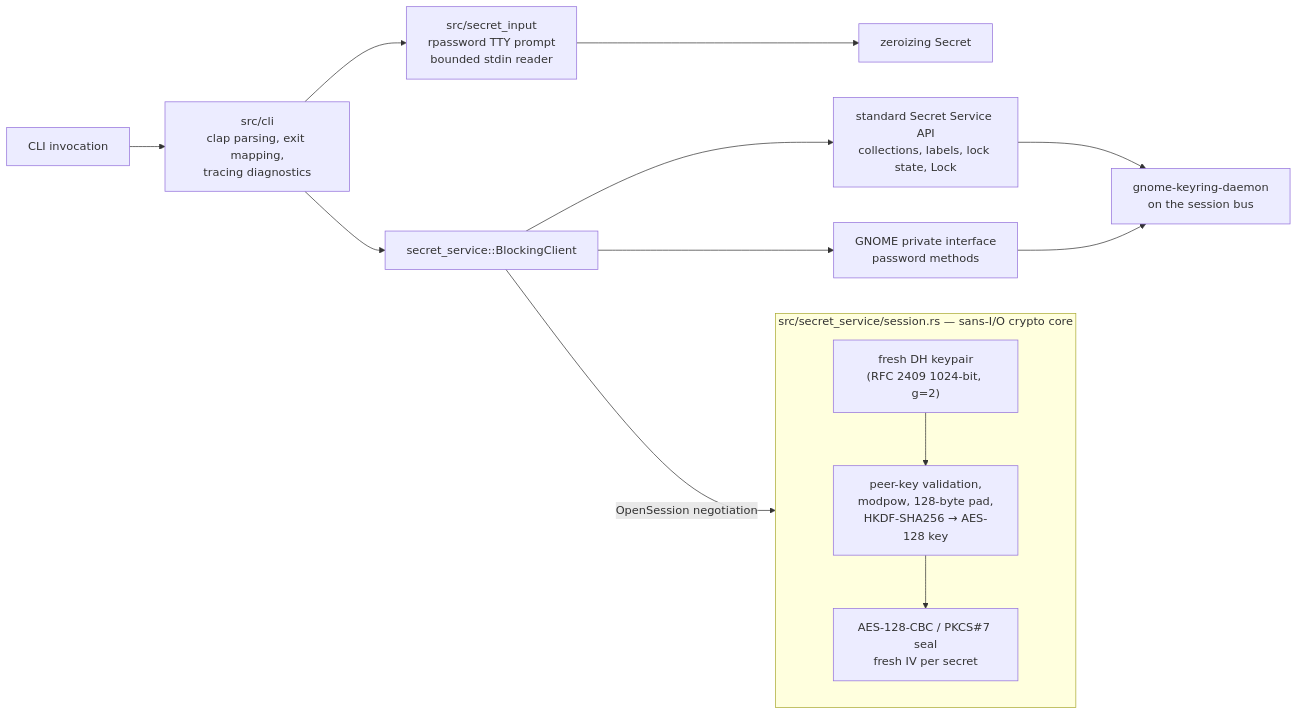
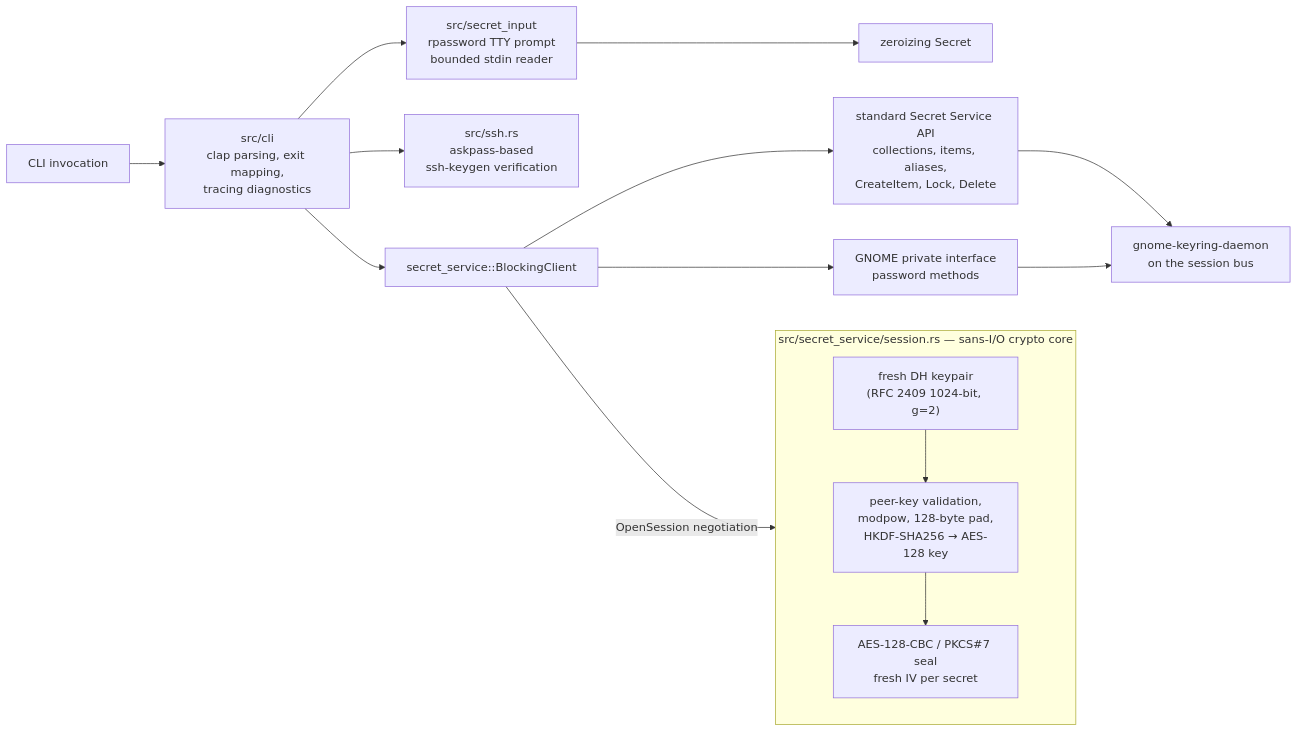
The diagram in README.md (rektide/gmellon), drawn with Mermaid before and after one commit. The commit also changed other lines of this file, not shown here.

````diff
--- a/README.md
+++ b/README.md
@@ -198,18 +250,19 @@
 ```mermaid
 flowchart LR
     User["CLI invocation"] --> Cli["src/cli<br/>clap parsing, exit mapping,<br/>tracing diagnostics"]
     Cli --> Input["src/secret_input<br/>rpassword TTY prompt<br/>bounded stdin reader"]
     Input --> Secret["zeroizing Secret"]
+    Cli --> Ssh["src/ssh.rs<br/>askpass-based<br/>ssh-keygen verification"]
     Cli --> Client["secret_service::BlockingClient"]
 
     subgraph SessionCore["src/secret_service/session.rs — sans-I/O crypto core"]
         DH["fresh DH keypair<br/>(RFC 2409 1024-bit, g=2)"] --> Derive["peer-key validation,<br/>modpow, 128-byte pad,<br/>HKDF-SHA256 → AES-128 key"]
         Derive --> Seal["AES-128-CBC / PKCS#7 seal<br/>fresh IV per secret"]
     end
 
     Client -->|"OpenSession negotiation"| SessionCore
-    Client --> StdProxy["standard Secret Service API<br/>collections, labels, lock state, Lock"]
+    Client --> StdProxy["standard Secret Service API<br/>collections, items, aliases,<br/>CreateItem, Lock, Delete"]
     Client --> PrivProxy["GNOME private interface<br/>password methods"]
     StdProxy --> Daemon["gnome-keyring-daemon<br/>on the session bus"]
     PrivProxy --> Daemon
 ```
````
